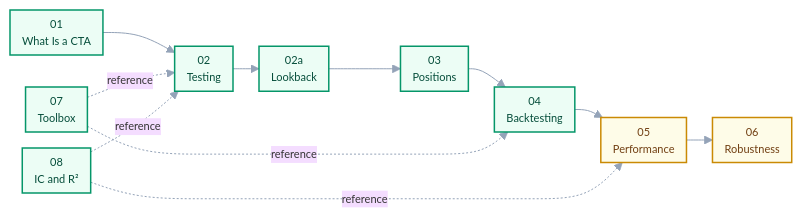
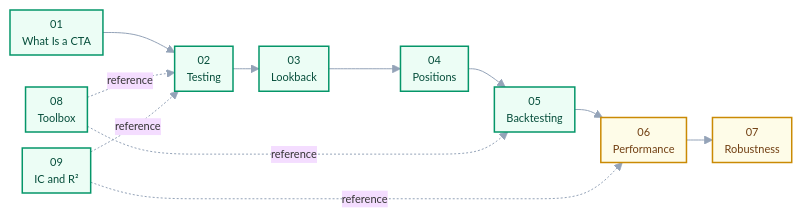
The diagram in docs/00-index.md (Harrybido2711/CTA_Strategy), drawn with Mermaid before and after one commit. The commit also changed other lines of this file and 26 other files, not shown here.

````diff
--- a/docs/00-index.md
+++ b/docs/00-index.md
@@ -9,24 +9,24 @@
 ```mermaid
 %%{init: {'theme':'base','themeVariables':{'fontSize':'11px','lineColor':'#94a3b8'},'flowchart':{'nodeSpacing':16,'rankSpacing':26,'padding':6}}}%%
 flowchart LR
     C01["01<br/>What Is a CTA"]
     C02["02<br/>Testing"]
-    C02A["02a<br/>Lookback"]
-    C03["03<br/>Positions"]
-    C04["04<br/>Backtesting"]
-    C05["05<br/>Performance"]
-    C06["06<br/>Robustness"]
-    C07["07<br/>Toolbox"]
-    C08["08<br/>IC and R²"]
+    C03["03<br/>Lookback"]
+    C04["04<br/>Positions"]
+    C05["05<br/>Backtesting"]
+    C06["06<br/>Performance"]
+    C07["07<br/>Robustness"]
+    C08["08<br/>Toolbox"]
+    C09["09<br/>IC and R²"]
 
-    C01 --> C02 --> C02A --> C03 --> C04 --> C05 --> C06
-    C07 -. reference .-> C02
-    C07 -. reference .-> C04
+    C01 --> C02 --> C03 --> C04 --> C05 --> C06 --> C07
     C08 -. reference .-> C02
     C08 -. reference .-> C05
+    C09 -. reference .-> C02
+    C09 -. reference .-> C06
 
     classDef done fill:#ecfdf5,stroke:#059669,color:#064e3b,stroke-width:1.5px;
     classDef part fill:#fefce8,stroke:#ca8a04,color:#713f12,stroke-width:1.5px;
-    class C01,C02,C02A,C03,C04,C07,C08 done;
-    class C05,C06 part;
+    class C01,C02,C03,C04,C05,C08,C09 done;
+    class C06,C07 part;
 ```
````
